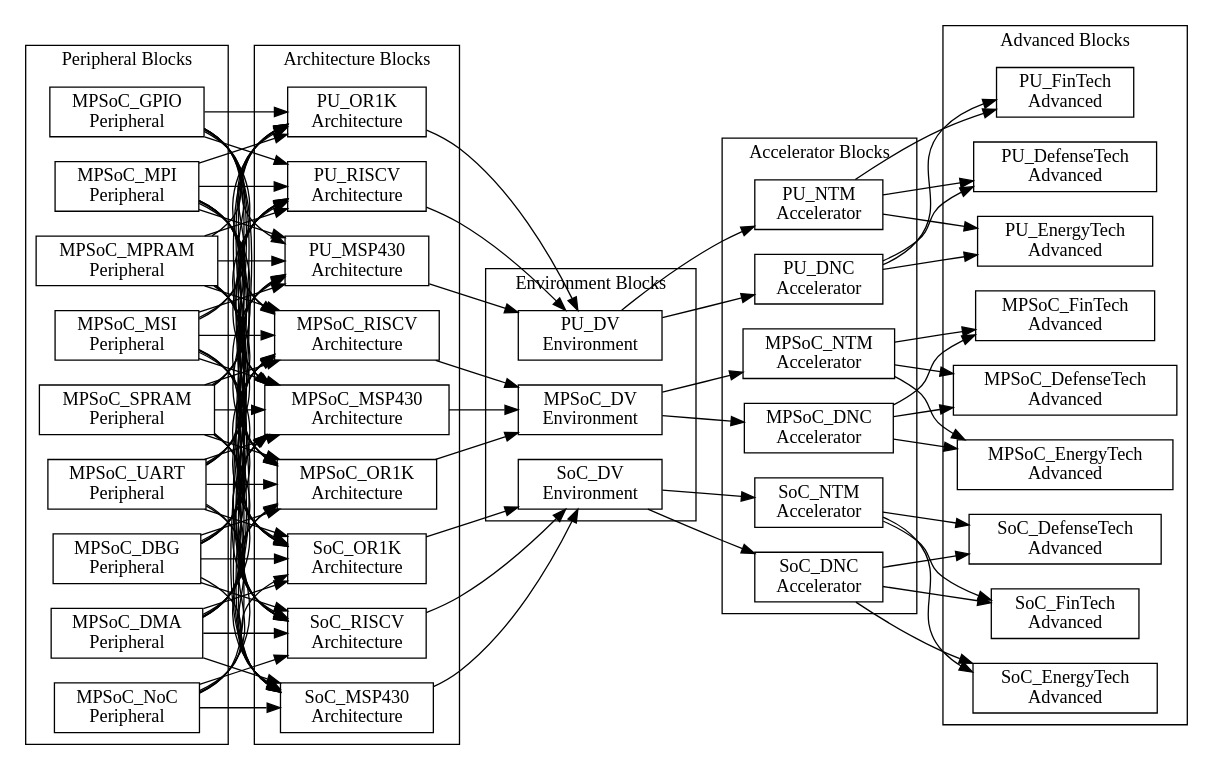
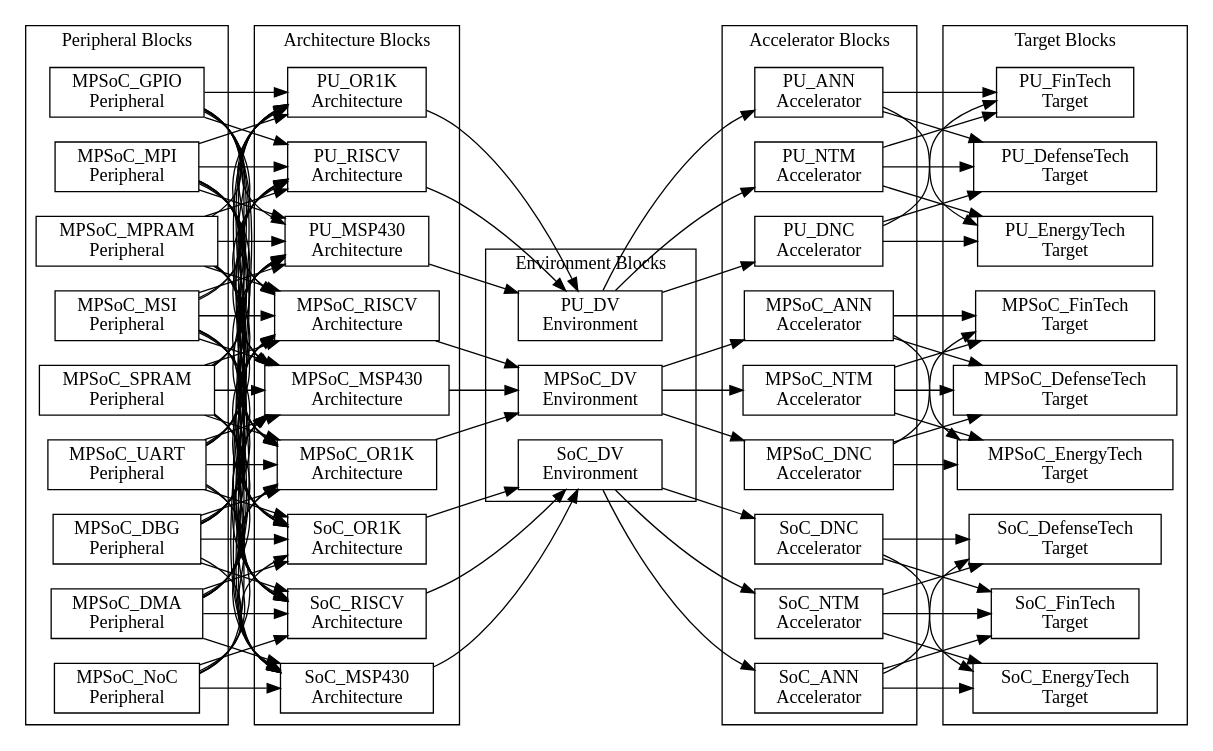
Before and after one commit to PacoReinaCampo/SoC-RTOS: the diagram in doc/devops/assets/chapter6/dependences-global.dot, drawn with Graphviz. The commit also changed 244 other files, not shown here.

```diff
--- a/doc/devops/assets/chapter6/dependences-global.dot
+++ b/doc/devops/assets/chapter6/dependences-global.dot
@@ -45,21 +45,25 @@
     MPSoC_DNC[label="MPSoC_DNC \nAccelerator"];
     SoC_DNC[label="SoC_DNC \nAccelerator"];
     PU_DNC[label="PU_DNC \nAccelerator"];
+
+    MPSoC_ANN[label="MPSoC_ANN \nAccelerator"];
+    SoC_ANN[label="SoC_ANN \nAccelerator"];
+    PU_ANN[label="PU_ANN \nAccelerator"];
   }
 
-  // Advanced Blocks
-  subgraph "cluster AdvancedBlocks" { label = "Advanced Blocks";
-    MPSoC_EnergyTech[label="MPSoC_EnergyTech \nAdvanced"];
-    SoC_EnergyTech[label="SoC_EnergyTech \nAdvanced"];
-    PU_EnergyTech[label="PU_EnergyTech \nAdvanced"];
+  // Target Blocks
+  subgraph "cluster TargetBlocks" { label = "Target Blocks";
+    MPSoC_EnergyTech[label="MPSoC_EnergyTech \nTarget"];
+    SoC_EnergyTech[label="SoC_EnergyTech \nTarget"];
+    PU_EnergyTech[label="PU_EnergyTech \nTarget"];
 
-    MPSoC_FinTech[label="MPSoC_FinTech \nAdvanced"];
-    SoC_FinTech[label="SoC_FinTech \nAdvanced"];
-    PU_FinTech[label="PU_FinTech \nAdvanced"];
+    MPSoC_FinTech[label="MPSoC_FinTech \nTarget"];
+    SoC_FinTech[label="SoC_FinTech \nTarget"];
+    PU_FinTech[label="PU_FinTech \nTarget"];
 
-    MPSoC_DefenseTech[label="MPSoC_DefenseTech \nAdvanced"];
-    SoC_DefenseTech[label="SoC_DefenseTech \nAdvanced"];
-    PU_DefenseTech[label="PU_DefenseTech \nAdvanced"];
+    MPSoC_DefenseTech[label="MPSoC_DefenseTech \nTarget"];
+    SoC_DefenseTech[label="SoC_DefenseTech \nTarget"];
+    PU_DefenseTech[label="PU_DefenseTech \nTarget"];
   }
 
   // Peripheral -> Architecture
@@ -168,40 +172,52 @@
   // Environment -> Accelerator
   PU_DV -> PU_NTM;
   PU_DV -> PU_DNC;
+  PU_DV -> PU_ANN;
 
   SoC_DV -> SoC_NTM;
   SoC_DV -> SoC_DNC;
+  SoC_DV -> SoC_ANN;
 
   MPSoC_DV -> MPSoC_NTM;
   MPSoC_DV -> MPSoC_DNC;
+  MPSoC_DV -> MPSoC_ANN;
 
-  // Accelerator -> Advanced
+  // Accelerator -> Target
   PU_NTM -> PU_EnergyTech;
   PU_DNC -> PU_EnergyTech;
+  PU_ANN -> PU_EnergyTech;
 
   SoC_NTM -> SoC_EnergyTech;
   SoC_DNC -> SoC_EnergyTech;
+  SoC_ANN -> SoC_EnergyTech;
 
   MPSoC_NTM -> MPSoC_EnergyTech;
   MPSoC_DNC -> MPSoC_EnergyTech;
+  MPSoC_ANN -> MPSoC_EnergyTech;
 
 
   PU_NTM -> PU_FinTech;
   PU_DNC -> PU_FinTech;
+  PU_ANN -> PU_FinTech;
 
   SoC_NTM -> SoC_FinTech;
   SoC_DNC -> SoC_FinTech;
+  SoC_ANN -> SoC_FinTech;
 
   MPSoC_NTM -> MPSoC_FinTech;
   MPSoC_DNC -> MPSoC_FinTech;
+  MPSoC_ANN -> MPSoC_FinTech;
 
 
   PU_NTM -> PU_DefenseTech;
   PU_DNC -> PU_DefenseTech;
+  PU_ANN -> PU_DefenseTech;
 
   SoC_NTM -> SoC_DefenseTech;
   SoC_DNC -> SoC_DefenseTech;
+  SoC_ANN -> SoC_DefenseTech;
 
   MPSoC_NTM -> MPSoC_DefenseTech;
   MPSoC_DNC -> MPSoC_DefenseTech;
+  MPSoC_ANN -> MPSoC_DefenseTech;
 }
```
